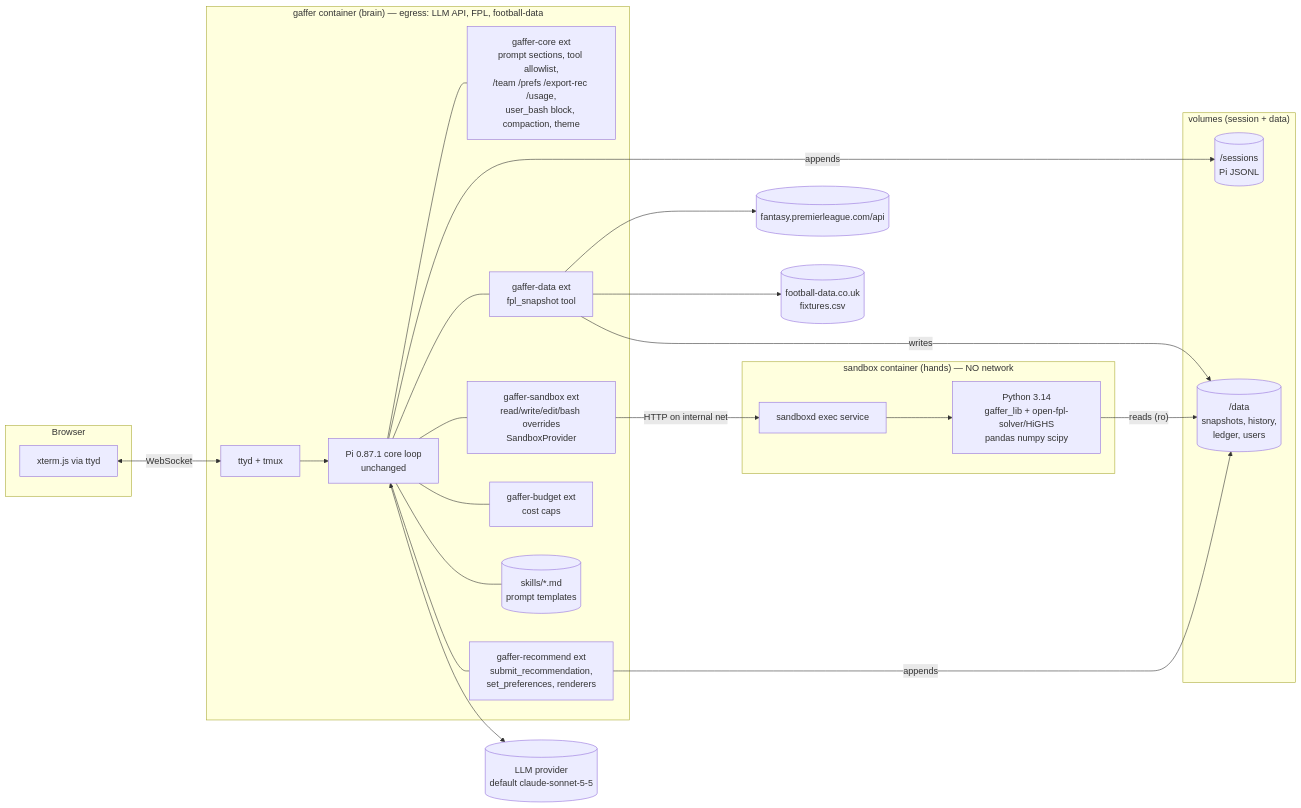
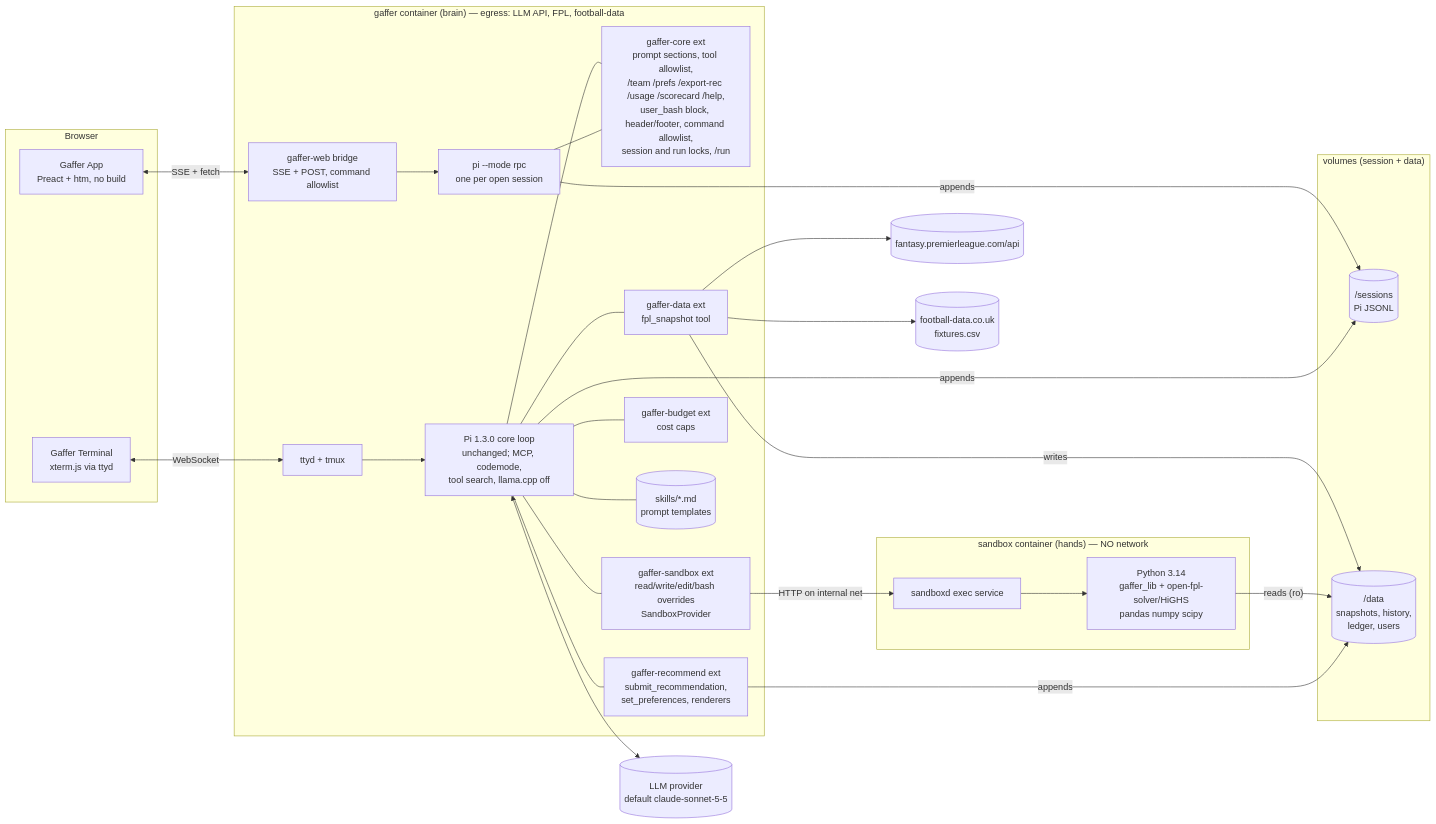
Before and after one commit to chrisxrobinson/gaffer: the first of 3 diagrams in docs/ARCHITECTURE.md, drawn with Mermaid. The commit also changed other lines of this file and 350 other files, not shown here.

````diff
--- a/docs/ARCHITECTURE.md
+++ b/docs/ARCHITECTURE.md
@@ -14,35 +14,40 @@
 ```mermaid
 flowchart LR
   subgraph Browser
-    X[xterm.js via ttyd]
+    X[Gaffer Terminal<br/>xterm.js via ttyd]
+    A[Gaffer App<br/>Preact + htm, no build]
   end
   subgraph gaffer["gaffer container (brain) — egress: LLM API, FPL, football-data"]
-    T[ttyd + tmux] --> P[Pi 0.87.1 core loop<br/>unchanged]
-    P --- E1[gaffer-core ext<br/>prompt sections, tool allowlist,<br/>/team /prefs /export-rec /usage,<br/>user_bash block, compaction, theme]
+    T[ttyd + tmux] --> P[Pi 1.3.0 core loop<br/>unchanged; MCP, codemode,<br/>tool search, llama.cpp off]
+    W[gaffer-web bridge<br/>SSE + POST, command allowlist] --> PR[pi --mode rpc<br/>one per open session]
+    P --- E1[gaffer-core ext<br/>prompt sections, tool allowlist,<br/>/team /prefs /export-rec /usage /scorecard /help,<br/>user_bash block, header/footer, command allowlist,<br/>session and run locks, /run]
     P --- E2[gaffer-sandbox ext<br/>read/write/edit/bash overrides<br/>SandboxProvider]
     P --- E3[gaffer-data ext<br/>fpl_snapshot tool]
     P --- E4[gaffer-recommend ext<br/>submit_recommendation,<br/>set_preferences, renderers]
     P --- E5[gaffer-budget ext<br/>cost caps]
     P --- SK[(skills/*.md<br/>prompt templates)]
   end
   subgraph sandbox["sandbox container (hands) — NO network"]
     SD[sandboxd exec service] --> PY[Python 3.14<br/>gaffer_lib + open-fpl-solver/HiGHS<br/>pandas numpy scipy]
   end
   subgraph vols["volumes (session + data)"]
     S[(/sessions<br/>Pi JSONL)]
     D[(/data<br/>snapshots, history,<br/>ledger, users)]
   end
   LLM[(LLM provider<br/>default claude-sonnet-5-5)]
   FPL[(fantasy.premierleague.com/api)]
   FD[(football-data.co.uk<br/>fixtures.csv)]
 
   X <-- WebSocket --> T
+  A <-- SSE + fetch --> W
+  PR --- E1
+  PR -- appends --> S
   P <--> LLM
   E3 --> FPL
   E3 --> FD
   E2 -- "HTTP on internal net" --> SD
   E3 -- writes --> D
   PY -- reads (ro) --> D
   P -- appends --> S
   E4 -- appends --> D
 ```
````
